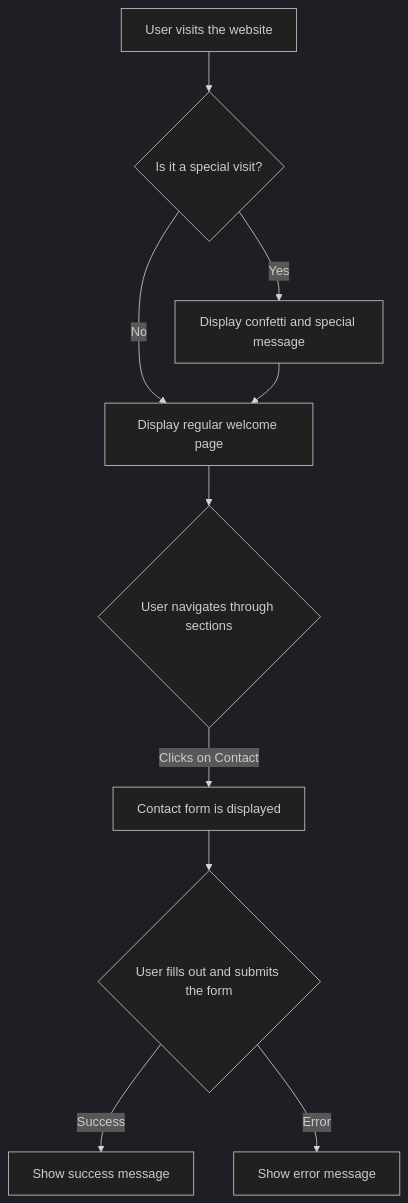
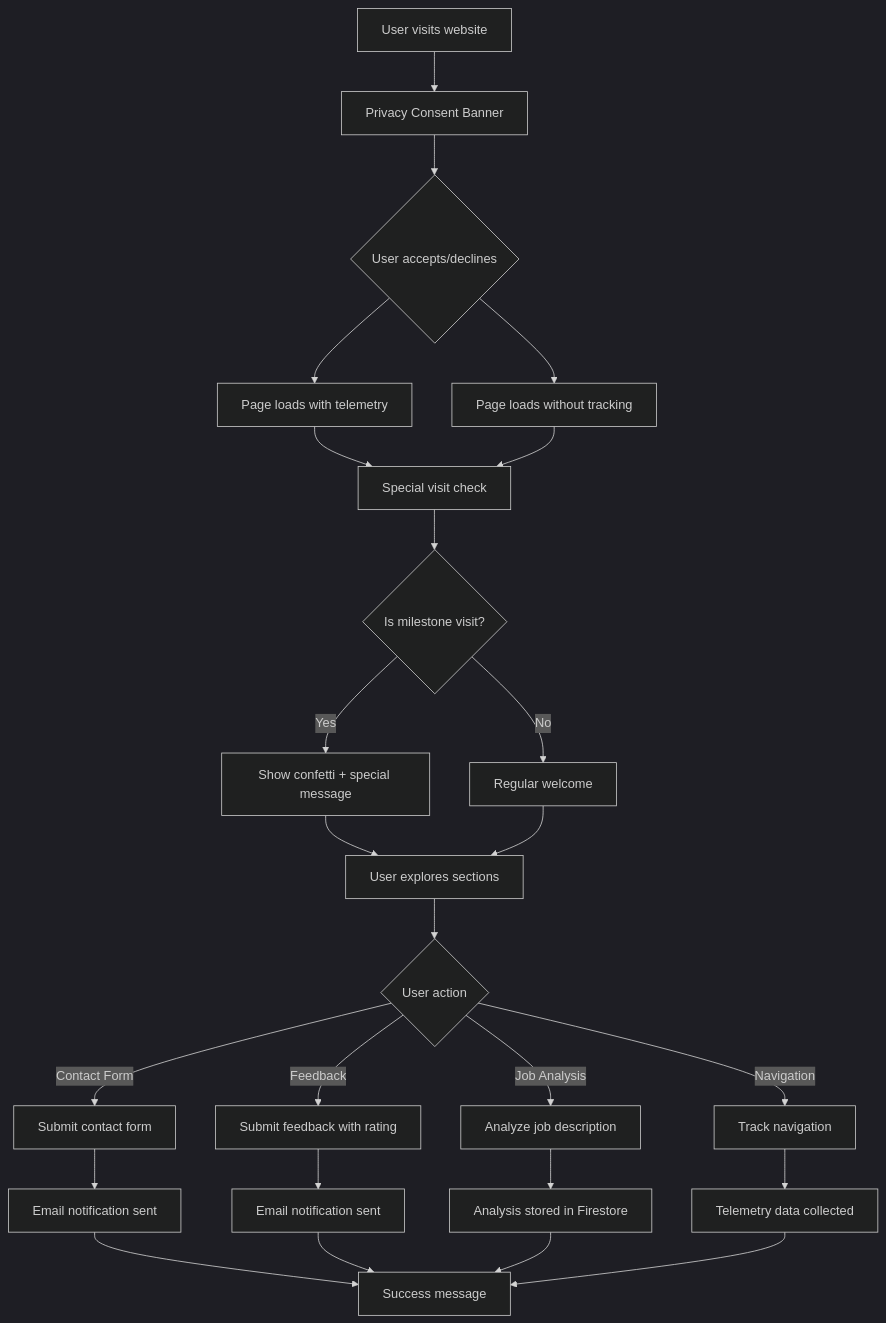
Before and after one commit to Sudhan30/my-portfolio-website: the second of 2 diagrams in README.md, drawn with Mermaid (dark theme). The commit also changed other lines of this file and 2 other files, not shown here.

````diff
--- a/README.md
+++ b/README.md
@@ -77,12 +126,32 @@
 ```mermaid
 graph TD
-    A[User visits the website] --> B{Is it a special visit?}
-    B -- "Yes" --> C[Display confetti and special message]
-    B -- "No" --> D[Display regular welcome page]
-    C --> D
-    D --> E{User navigates through sections}
-    E -- "Clicks on Contact" --> F[Contact form is displayed]
-    F --> G{User fills out and submits the form}
-    G -- "Success" --> H[Show success message]
-    G -- "Error" --> I[Show error message]
+    A[User visits website] --> B[Privacy Consent Banner]
+    B --> C{User accepts/declines}
+    C --> D[Page loads with telemetry]
+    C --> E[Page loads without tracking]
+    
+    D --> F[Special visit check]
+    E --> F
+    F --> G{Is milestone visit?}
+    G -- "Yes" --> H[Show confetti + special message]
+    G -- "No" --> I[Regular welcome]
+    
+    H --> J[User explores sections]
+    I --> J
+    
+    J --> K{User action}
+    K -- "Contact Form" --> L[Submit contact form]
+    K -- "Feedback" --> M[Submit feedback with rating]
+    K -- "Job Analysis" --> N[Analyze job description]
+    K -- "Navigation" --> O[Track navigation]
+    
+    L --> P[Email notification sent]
+    M --> Q[Email notification sent]
+    N --> R[Analysis stored in Firestore]
+    O --> S[Telemetry data collected]
+    
+    P --> T[Success message]
+    Q --> T
+    R --> T
+    S --> T
 ```
````
